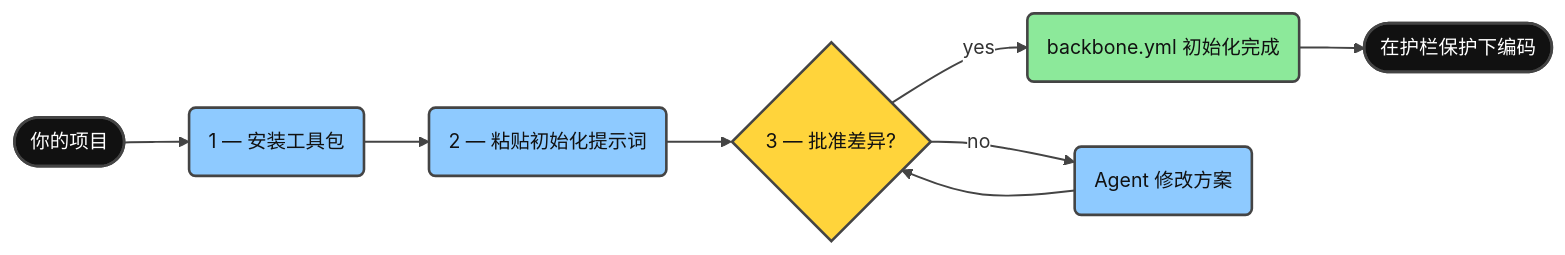
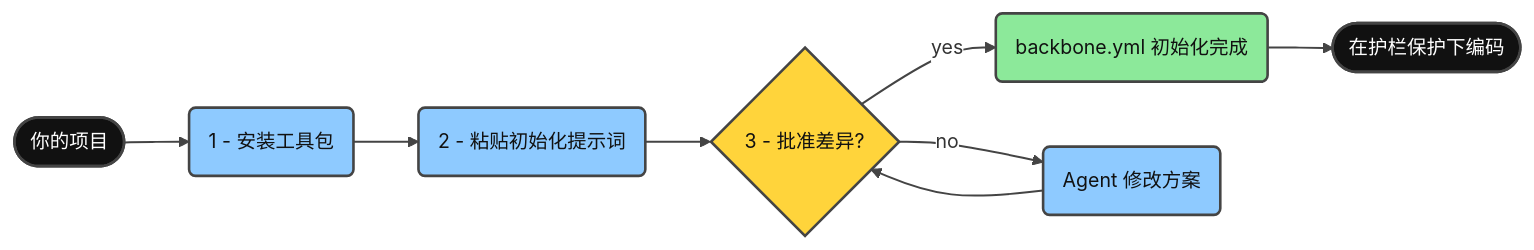
The first of 8 diagrams in docs/README.zh-CN.md (giang6283623/minimal-vibe-coding-kit), drawn with Mermaid before and after one commit. The commit also changed other lines of this file and 579 other files, not shown here.

````diff
--- a/docs/README.zh-CN.md
+++ b/docs/README.zh-CN.md
@@ -40,31 +40,31 @@
 ```mermaid
 ---
 config:
   theme: base
   themeVariables:
     fontFamily: cascadia mono, consolas, noto sans mono, menlo, monospace
     fontSize: 15px
     lineColor: "#444444"
     textColor: "#111111"
     edgeLabelBackground: "#FFFFFF"
 ---
 flowchart LR
-    Start([你的项目]) --> Install("1 — 安装工具包")
-    Install --> Paste("2 — 粘贴初始化提示词")
-    Paste --> Review{"3 — 批准差异?"}
+    Start([你的项目]) --> Install("1 - 安装工具包")
+    Install --> Paste("2 - 粘贴初始化提示词")
+    Paste --> Review{"3 - 批准差异?"}
     Review -->|yes| Ready("backbone.yml 初始化完成")
     Review -->|no| Revise("Agent 修改方案")
     Revise --> Review
     Ready --> Done([在护栏保护下编码])
 
     classDef terminal fill:#111111,stroke:#444444,stroke-width:2px,color:#FFFFFF
     classDef step fill:#8ECAFF,stroke:#444444,stroke-width:2px,color:#111111
     classDef decision fill:#FFD43B,stroke:#444444,stroke-width:2px,color:#111111
     classDef success fill:#8CE99A,stroke:#444444,stroke-width:2px,color:#111111
     linkStyle default stroke:#444444,stroke-width:1.5px
 
     class Start,Done terminal
     class Install,Paste,Revise step
     class Review decision
     class Ready success
 ```
````
